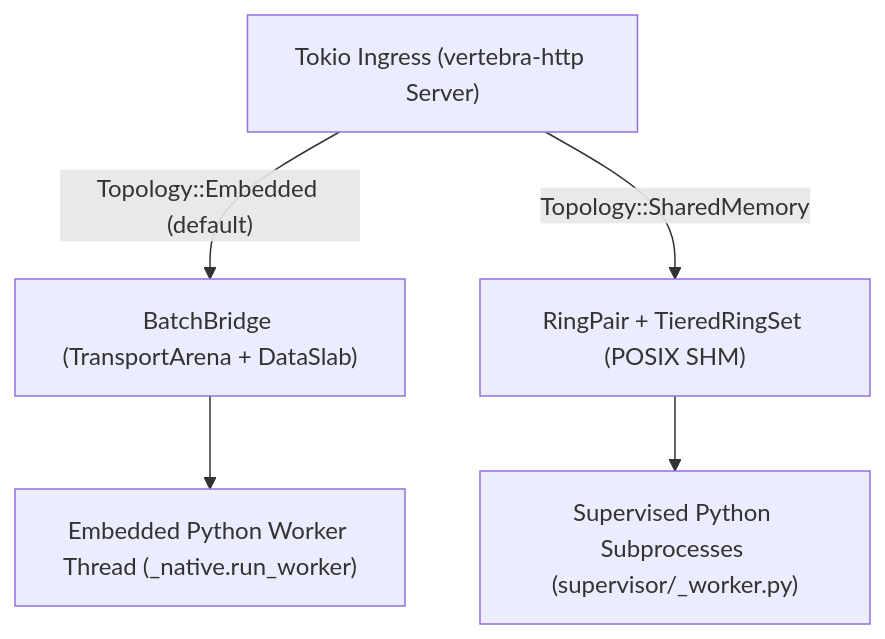
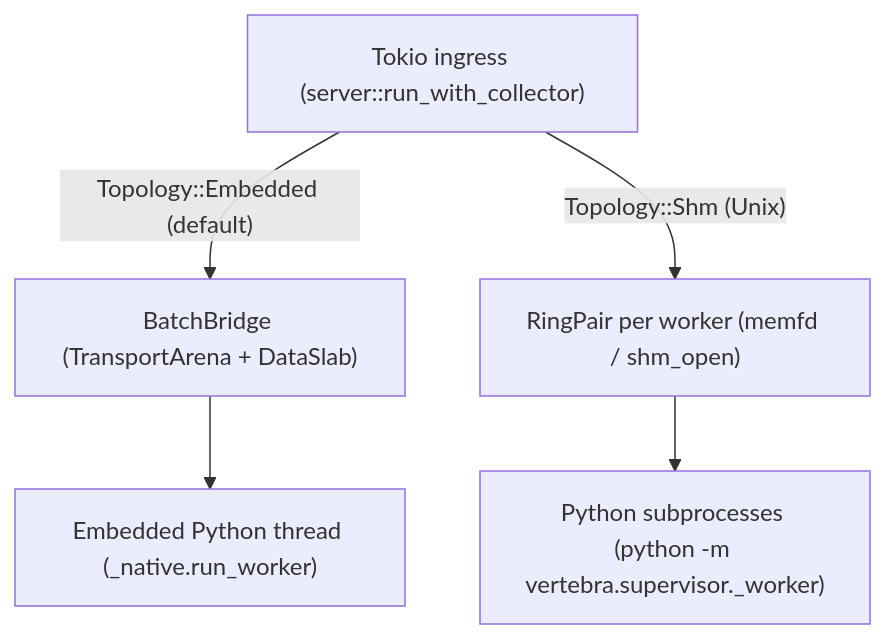
The diagram in .agents/bundles/knowledge/architecture/runtime/topologies-and-embedding.md (cofin/vertebra), drawn with Mermaid before and after one commit. The commit also changed other lines of this file and 318 other files, not shown here.

````diff
--- a/.agents/bundles/knowledge/architecture/runtime/topologies-and-embedding.md
+++ b/.agents/bundles/knowledge/architecture/runtime/topologies-and-embedding.md
@@ -21,8 +22,8 @@
 ```mermaid
 flowchart TD
-    Ingress["Tokio Ingress (vertebra-http Server)"]
+    Ingress["Tokio ingress (server::run_with_collector)"]
     Ingress -->|"Topology::Embedded (default)"| Bridge["BatchBridge (TransportArena + DataSlab)"]
-    Ingress -->|"Topology::SharedMemory"| Shm["RingPair + TieredRingSet (POSIX SHM)"]
-    Bridge --> PyThread["Embedded Python Worker Thread (_native.run_worker)"]
-    Shm --> PySub["Supervised Python Subprocesses (supervisor/_worker.py)"]
+    Ingress -->|"Topology::Shm (Unix)"| Shm["RingPair per worker (memfd / shm_open)"]
+    Bridge --> PyThread["Embedded Python thread (_native.run_worker)"]
+    Shm --> PySub["Python subprocesses (python -m vertebra.supervisor._worker)"]
 ```
````
